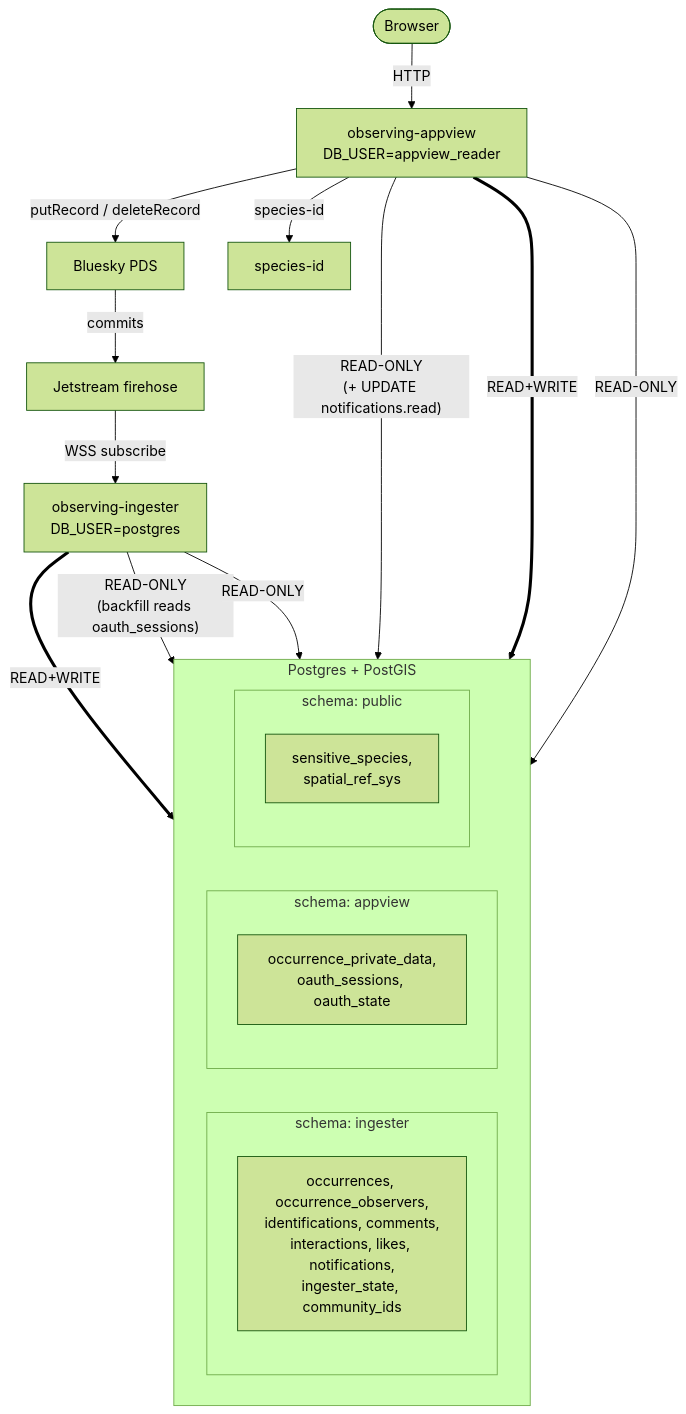
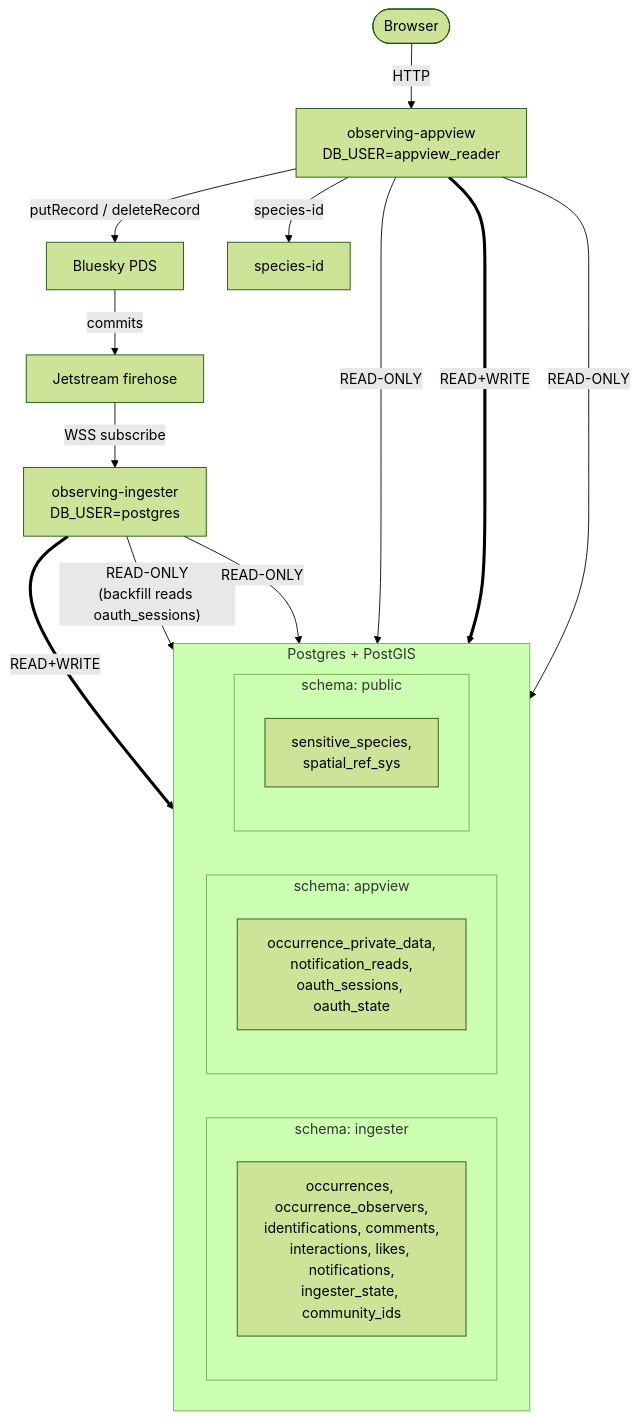
The diagram in docs/architecture.md (observ-ing/core), drawn with Mermaid (forest theme) before and after one commit. The commit also changed other lines of this file and 13 other files, not shown here.

````diff
--- a/docs/architecture.md
+++ b/docs/architecture.md
@@ -5,36 +5,36 @@
 ```mermaid
 flowchart TB
     User([Browser])
     PDS[Bluesky PDS]
     JS[Jetstream firehose]
     AV[observing-appview<br/>DB_USER=appview_reader]
     IG[observing-ingester<br/>DB_USER=postgres]
     SID[species-id]
 
     subgraph DB["Postgres + PostGIS"]
       direction LR
       subgraph ING["schema: ingester"]
         ING_TBL["occurrences, occurrence_observers,<br/>identifications, comments,<br/>interactions, likes, notifications,<br/>ingester_state, community_ids"]
       end
       subgraph APPV["schema: appview"]
-        APPV_TBL["occurrence_private_data,<br/>oauth_sessions, oauth_state"]
+        APPV_TBL["occurrence_private_data,<br/>notification_reads,<br/>oauth_sessions, oauth_state"]
       end
       subgraph PUB["schema: public"]
         PUB_TBL["sensitive_species,<br/>spatial_ref_sys"]
       end
     end
 
     User -- HTTP --> AV
     AV -- "putRecord / deleteRecord" --> PDS
     PDS -- commits --> JS
     JS -- "WSS subscribe" --> IG
     AV -- species-id --> SID
 
     IG == "READ+WRITE" ==> ING
     IG -- "READ-ONLY<br/>(backfill reads oauth_sessions)" --> APPV
     IG -- "READ-ONLY" --> PUB
 
-    AV -- "READ-ONLY<br/>(+ UPDATE notifications.read)" --> ING
+    AV -- "READ-ONLY" --> ING
     AV == "READ+WRITE" ==> APPV
     AV -- "READ-ONLY" --> PUB
 ```
````
